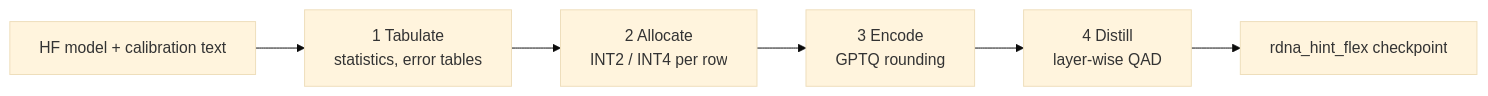
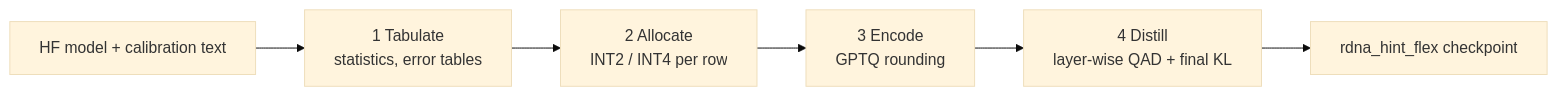
The diagram in README.md (BlivionIaG/hi2), drawn with Mermaid (base theme) before and after one commit. The commit also changed other lines of this file and 18 other files, not shown here.

````diff
--- a/README.md
+++ b/README.md
@@ -11,8 +13,8 @@
 ```mermaid
 flowchart LR
     A[HF model + calibration text] --> B[1 Tabulate<br/>statistics, error tables]
     B --> C[2 Allocate<br/>INT2 / INT4 per row]
     C --> D[3 Encode<br/>GPTQ rounding]
-    D --> E[4 Distill<br/>layer-wise QAD]
+    D --> E[4 Distill<br/>layer-wise QAD + final KL]
     E --> F[rdna_hint_flex checkpoint]
 ```
````
